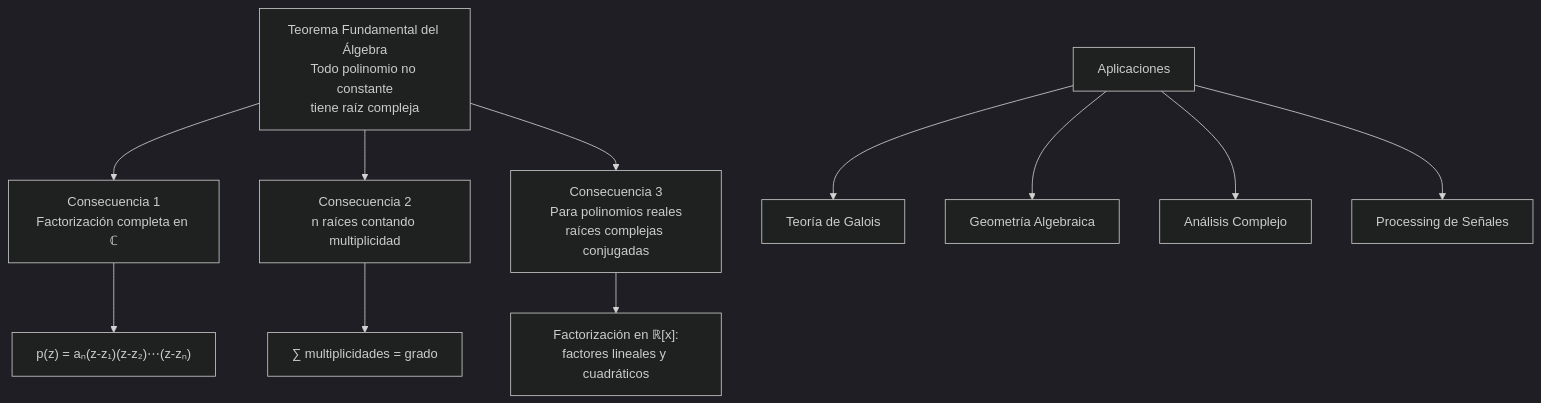
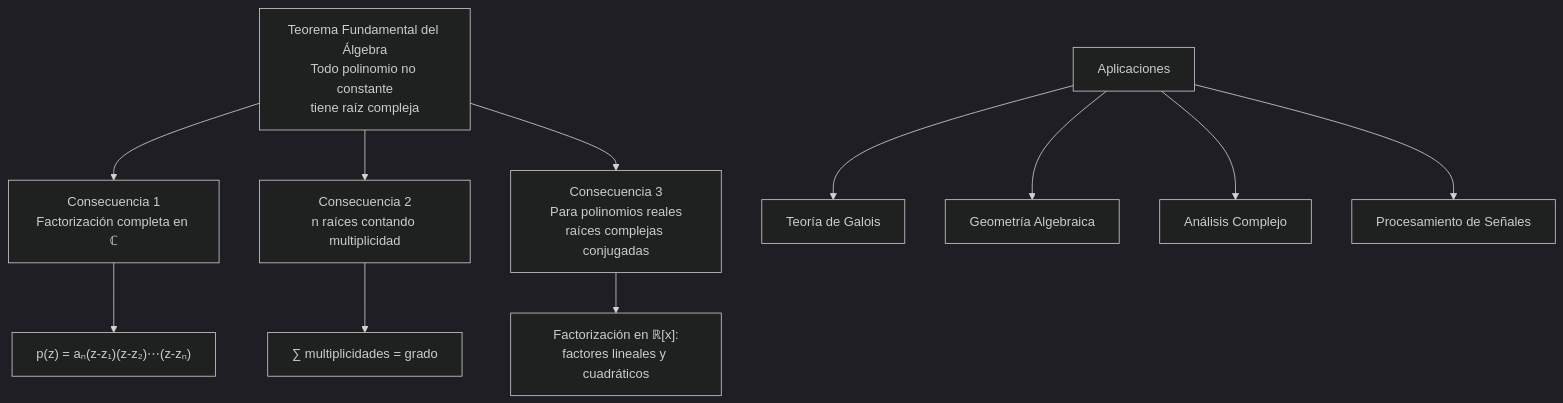
One commit to djaimej/computer-science-template changed the diagram in public/documents/semester-2/1/2147.md. Above: the diagram before and after it, drawn with Mermaid (dark theme). The commit also changed other lines of this file and 21 other files, not shown here.

````diff
--- a/public/documents/semester-2/1/2147.md
+++ b/public/documents/semester-2/1/2147.md
@@ -165,19 +166,19 @@
 ```mermaid
 graph TD
     A[Teorema Fundamental del Álgebra<br>Todo polinomio no constante<br>tiene raíz compleja] --> B[Consecuencia 1<br>Factorización completa en ℂ]
     A --> C[Consecuencia 2<br>n raíces contando multiplicidad]
     A --> D[Consecuencia 3<br>Para polinomios reales<br>raíces complejas conjugadas]
 
     B --> E["p(z) = aₙ(z-z₁)(z-z₂)⋯(z-zₙ)"]
     C --> F[∑ multiplicidades = grado]
     D --> G["Factorización en ℝ[x]:<br>factores lineales y cuadráticos"]
 
     H[Aplicaciones] --> I[Teoría de Galois]
     H --> J[Geometría Algebraica]
     H --> K[Análisis Complejo]
-    H --> L[Processing de Señales]
+    H --> L[Procesamiento de Señales]
 
     A:::pink
     E:::razzmatazz
     G:::red
 ```
````
